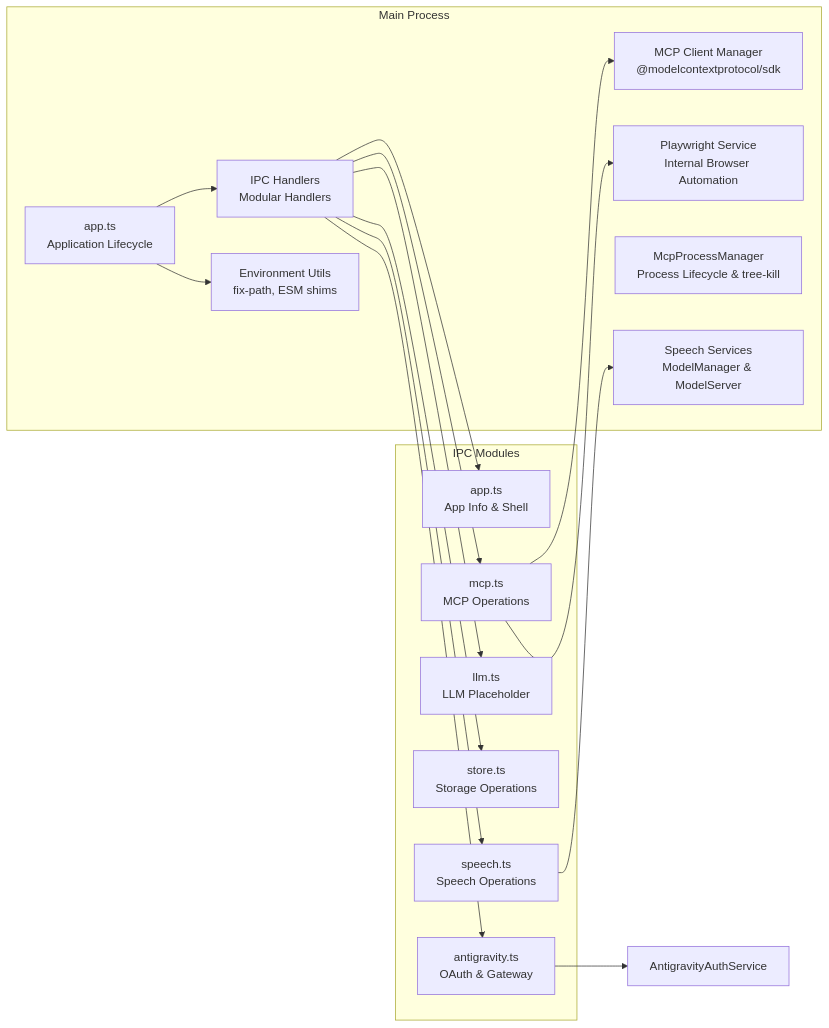
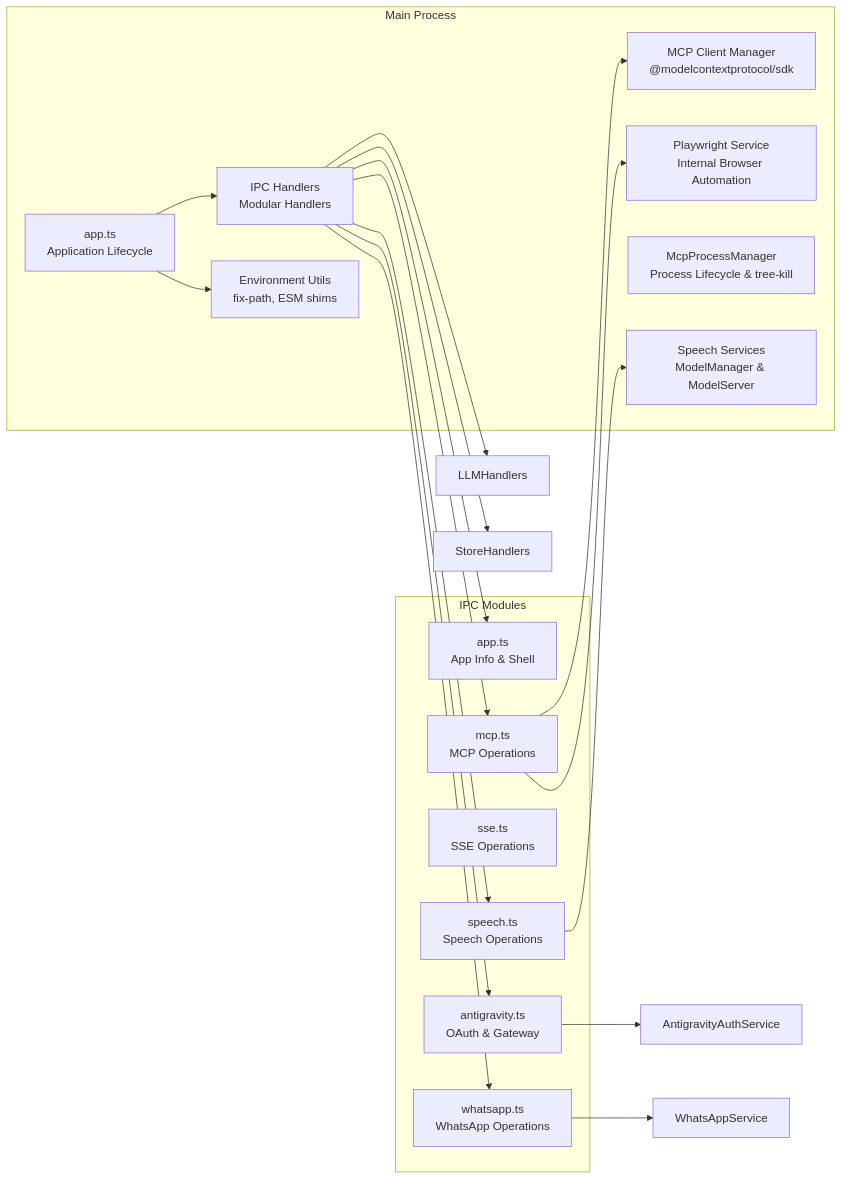
One commit to meharajM/ai-worker.app changed the second of 33 diagrams in architecture.md. Above: the diagram before and after it, drawn with Mermaid. The commit also changed other lines of this file and 9 other files, not shown here.

````diff
--- a/architecture.md
+++ b/architecture.md
@@ -63,34 +63,36 @@
 ```mermaid
 graph LR
     subgraph "Main Process"
         App[app.ts<br/>Application Lifecycle]
         IPC[IPC Handlers<br/>Modular Handlers]
         MCP[MCP Client Manager<br/>@modelcontextprotocol/sdk]
         Playwright[Playwright Service<br/>Internal Browser Automation]
         McpManager[McpProcessManager<br/>Process Lifecycle & tree-kill]
         Speech[Speech Services<br/>ModelManager & ModelServer]
         Env[Environment Utils<br/>fix-path, ESM shims]
     end
 
     subgraph "IPC Modules"
         AppHandlers[app.ts<br/>App Info & Shell]
         MCPHandlers[mcp.ts<br/>MCP Operations]
-        LLMHandlers[llm.ts<br/>LLM Placeholder]
-        StoreHandlers[store.ts<br/>Storage Operations]
+        SSEHandlers[sse.ts<br/>SSE Operations]
         SpeechHandlers[speech.ts<br/>Speech Operations]
         AntigravityHandlers[antigravity.ts<br/>OAuth & Gateway]
+        WhatsAppHandlers[whatsapp.ts<br/>WhatsApp Operations]
     end
 
     App --> IPC
     IPC --> AppHandlers
     IPC --> MCPHandlers
     IPC --> LLMHandlers
     IPC --> StoreHandlers
     IPC --> SpeechHandlers
     IPC --> AntigravityHandlers
+    IPC --> WhatsAppHandlers
     MCPHandlers --> MCP
     MCPHandlers --> Playwright
     SpeechHandlers --> Speech
     AntigravityHandlers --> AntigravityAuthService[AntigravityAuthService]
+    WhatsAppHandlers --> WhatsAppService[WhatsAppService]
     App --> Env
 ```
````
